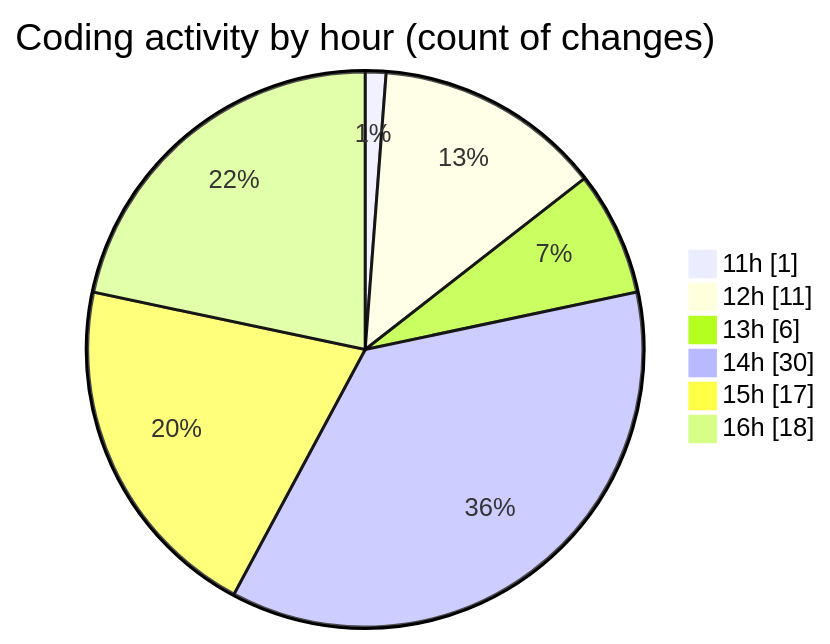
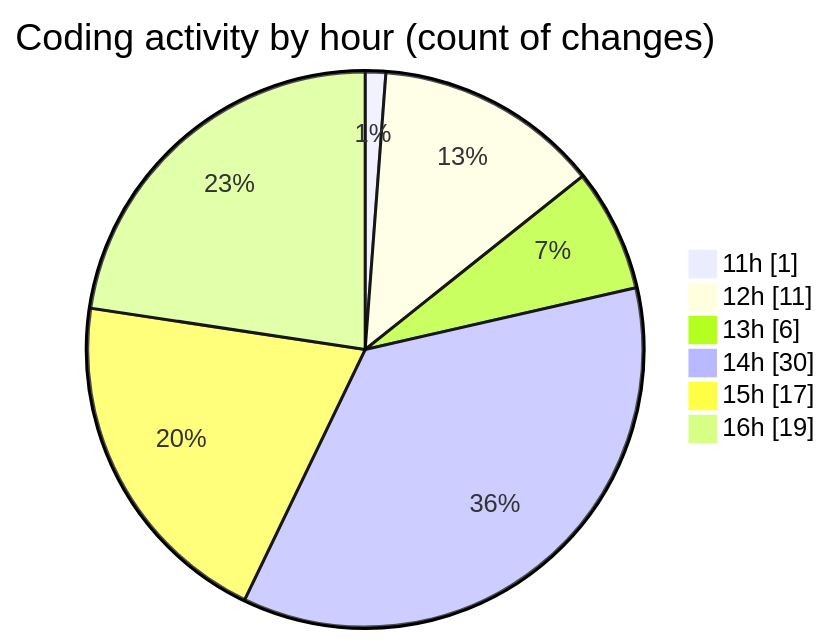
Before and after one commit to momahboobian/code-tracking: the second of 2 diagrams in 2026-03-24/cda/README.md, drawn with Mermaid. The commit also changed other lines of this file and 1 other file, not shown here.

````diff
--- a/2026-03-24/cda/README.md
+++ b/2026-03-24/cda/README.md
@@ -42,10 +42,10 @@
 ```mermaid
 pie showData
 title Coding activity by hour (count of changes)
 "11h" : 1
 "12h" : 11
 "13h" : 6
 "14h" : 30
 "15h" : 17
-"16h" : 18
+"16h" : 19
 ```
````
